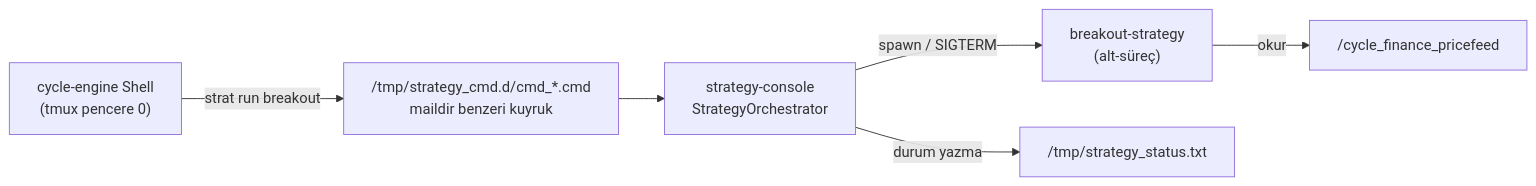
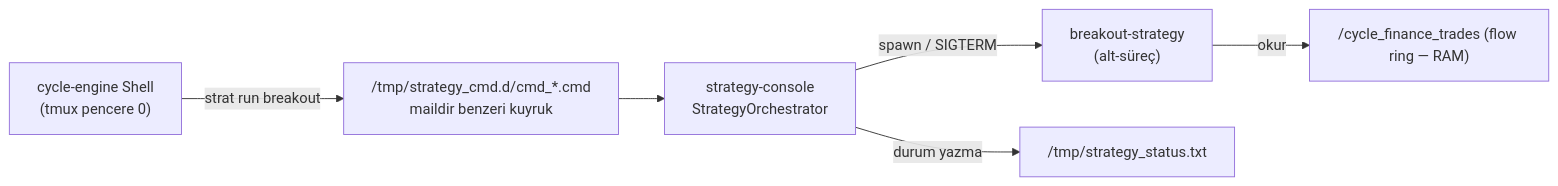
One commit to Quant-Trade-Lab-Community/cycle_finance_bot changed the third of 4 diagrams in cycle-engine/cycle_engine_processes.md. Above: the diagram before and after it, drawn with Mermaid. The commit also changed other lines of this file and 105 other files, not shown here.

Commit message:
feat: flows veri hattı — 8 bağımsız akış (WS/REST → ring → TimescaleDB), rate gate, REST fallback + weight izleme; price-feed kaldırıldı; ai-engine & unused_services Desktop'a taşındı

````diff
--- a/cycle-engine/cycle_engine_processes.md
+++ b/cycle-engine/cycle_engine_processes.md
@@ -272,8 +301,8 @@
 ```mermaid
 flowchart LR
     SH["cycle-engine Shell<br/>(tmux pencere 0)"] -->|"strat run breakout"| CMD["/tmp/strategy_cmd.d/cmd_*.cmd<br/>maildir benzeri kuyruk"]
     CMD --> SC["strategy-console<br/>StrategyOrchestrator"]
     SC -->|"spawn / SIGTERM"| ST["breakout-strategy<br/>(alt-süreç)"]
     SC -->|"durum yazma"| STAT["/tmp/strategy_status.txt"]
-    ST -->|"okur"| PF["/cycle_finance_pricefeed"]
+    ST -->|"okur"| PF["/cycle_finance_trades (flow ring — RAM)"]
 ```
````
